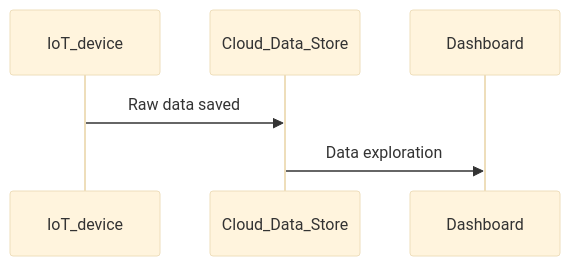
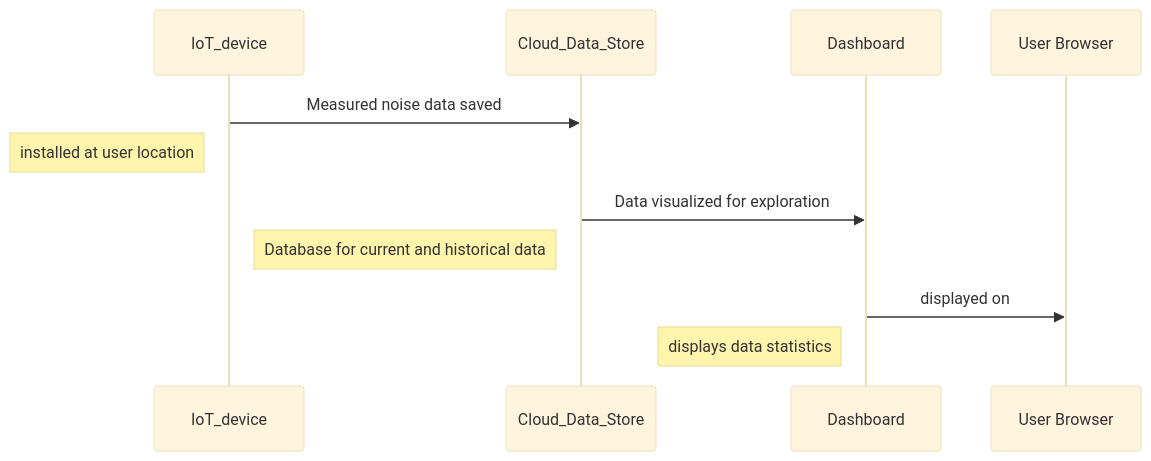
One commit to CivicTechTO/tRacket-directory-START-HERE changed the diagram in README.md. Above: the diagram before and after it, drawn with Mermaid (base theme).

````diff
--- a/README.md
+++ b/README.md
@@ -35,5 +35,9 @@
 ```mermaid
 sequenceDiagram
-    IoT_device ->> Cloud_Data_Store : Raw data saved
-    Cloud_Data_Store ->> Dashboard : Data exploration 
+    IoT_device ->> Cloud_Data_Store : Measured noise data saved
+    Note left of IoT_device: installed at user location
+    Cloud_Data_Store ->> Dashboard : Data visualized for exploration
+    Note left of Cloud_Data_Store : Database for current and historical data
+    Dashboard ->> User Browser : displayed on
+    Note left of Dashboard : displays data statistics 
 ```
````
